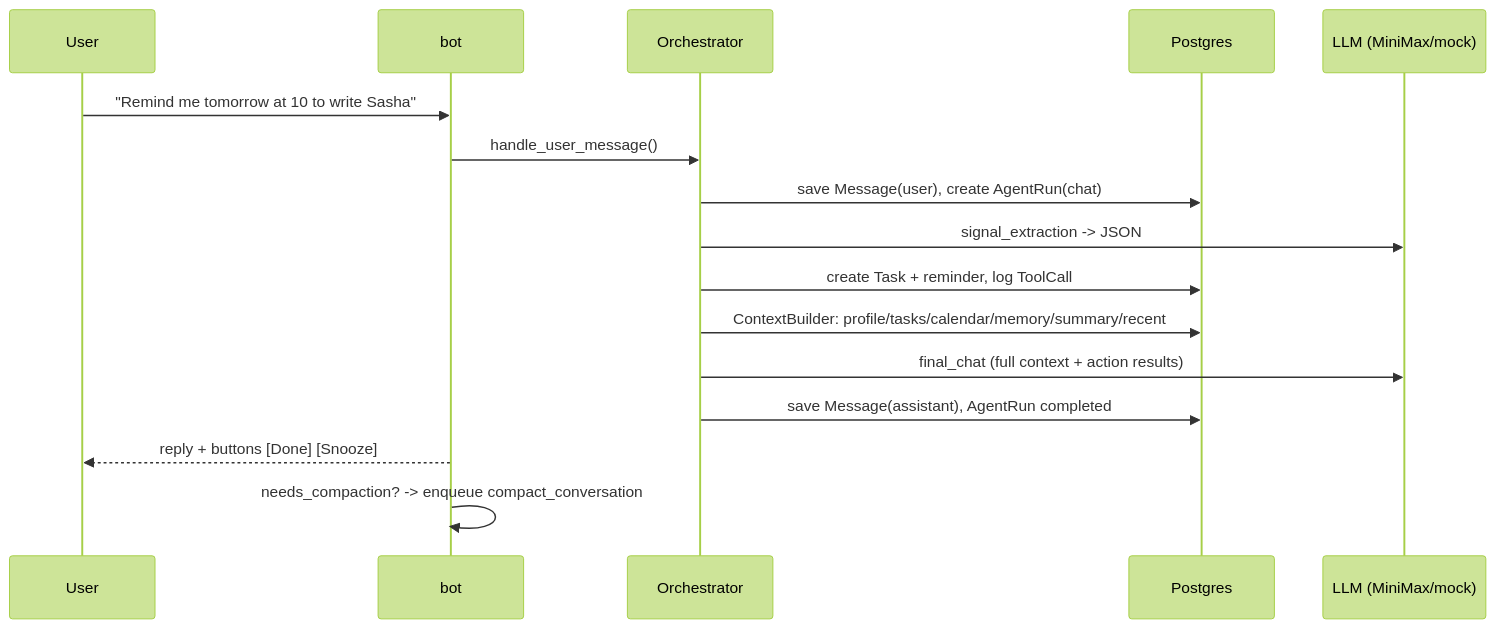
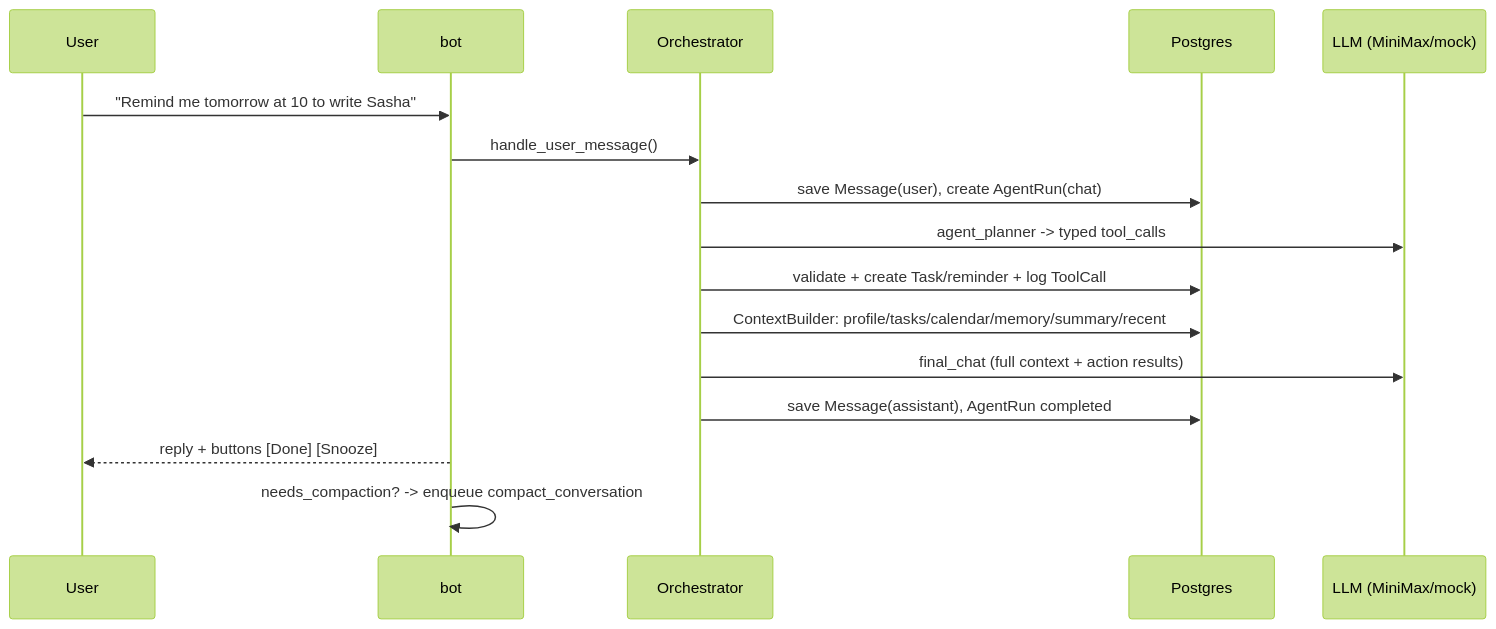
The second of 4 diagrams in docs/architecture.md (Maksim-Burtsev/lumi), drawn with Mermaid (forest theme) before and after one commit. The commit also changed other lines of this file and 62 other files, not shown here.

````diff
--- a/docs/architecture.md
+++ b/docs/architecture.md
@@ -57,19 +56,19 @@
 ```mermaid
 sequenceDiagram
     participant U as User
     participant B as bot
     participant O as Orchestrator
     participant DB as Postgres
     participant L as LLM (MiniMax/mock)
 
     U->>B: "Remind me tomorrow at 10 to write Sasha"
     B->>O: handle_user_message()
     O->>DB: save Message(user), create AgentRun(chat)
-    O->>L: signal_extraction -> JSON
-    O->>DB: create Task + reminder, log ToolCall
+    O->>L: agent_planner -> typed tool_calls
+    O->>DB: validate + create Task/reminder + log ToolCall
     O->>DB: ContextBuilder: profile/tasks/calendar/memory/summary/recent
     O->>L: final_chat (full context + action results)
     O->>DB: save Message(assistant), AgentRun completed
     B-->>U: reply + buttons [Done] [Snooze]
     B->>B: needs_compaction? -> enqueue compact_conversation
 ```
````
